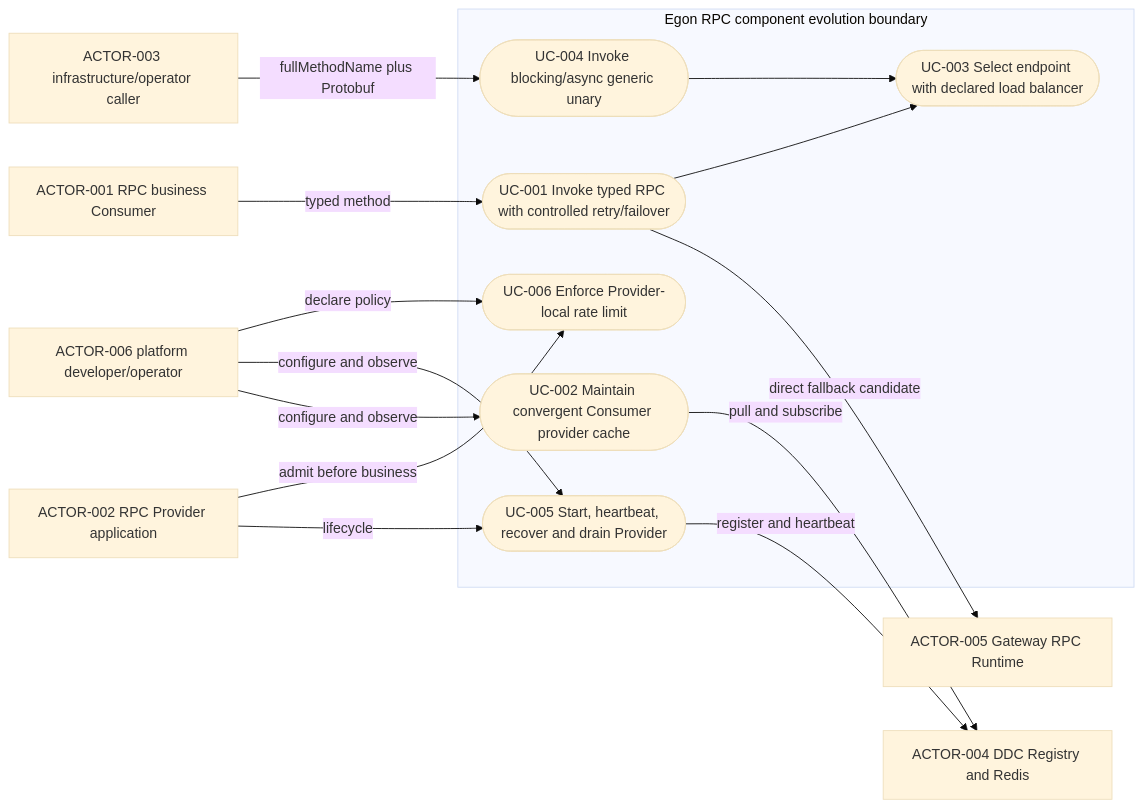
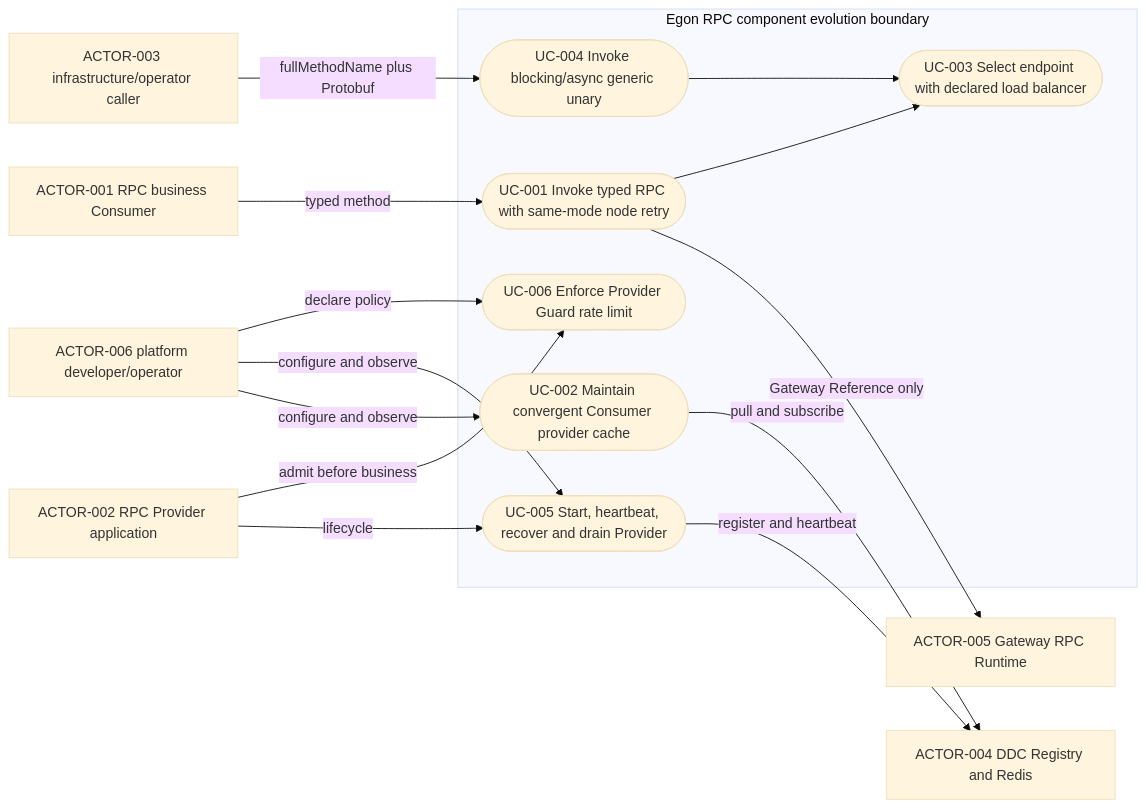
One commit to AllenDEricDAlexander/Egon-COLA changed the first of 4 diagrams in docs/egon/spec/2026-08-19-15-36-rpc-runtime-governance-evolution.md. Above: the diagram before and after it, drawn with Mermaid (base theme). The commit also changed other lines of this file, not shown here.

Commit message:
docs(rpc): resolve runtime governance decisions

````diff
--- a/docs/egon/spec/2026-08-19-15-36-rpc-runtime-governance-evolution.md
+++ b/docs/egon/spec/2026-08-19-15-36-rpc-runtime-governance-evolution.md
@@ -205,31 +214,31 @@
 ```mermaid
 flowchart LR
     Caller["ACTOR-001 RPC business Consumer"]
     Provider["ACTOR-002 RPC Provider application"]
     Generic["ACTOR-003 infrastructure/operator caller"]
     DDC["ACTOR-004 DDC Registry and Redis"]
     Gateway["ACTOR-005 Gateway RPC Runtime"]
     Operator["ACTOR-006 platform developer/operator"]
 
     subgraph Scope["Egon RPC component evolution boundary"]
-        UC001(["UC-001 Invoke typed RPC with controlled retry/failover"])
+        UC001(["UC-001 Invoke typed RPC with same-mode node retry"])
         UC002(["UC-002 Maintain convergent Consumer provider cache"])
         UC003(["UC-003 Select endpoint with declared load balancer"])
         UC004(["UC-004 Invoke blocking/async generic unary"])
         UC005(["UC-005 Start, heartbeat, recover and drain Provider"])
-        UC006(["UC-006 Enforce Provider-local rate limit"])
+        UC006(["UC-006 Enforce Provider Guard rate limit"])
     end
 
     Caller -->|"typed method"| UC001
     Generic -->|"fullMethodName plus Protobuf"| UC004
-    UC001 -->|"direct fallback candidate"| Gateway
+    UC001 -->|"Gateway Reference only"| Gateway
     UC002 -->|"pull and subscribe"| DDC
     UC001 --> UC003
     UC004 --> UC003
     Provider -->|"lifecycle"| UC005
     UC005 -->|"register and heartbeat"| DDC
     Provider -->|"admit before business"| UC006
     Operator -->|"configure and observe"| UC002
     Operator -->|"configure and observe"| UC005
     Operator -->|"declare policy"| UC006
 ```
````
